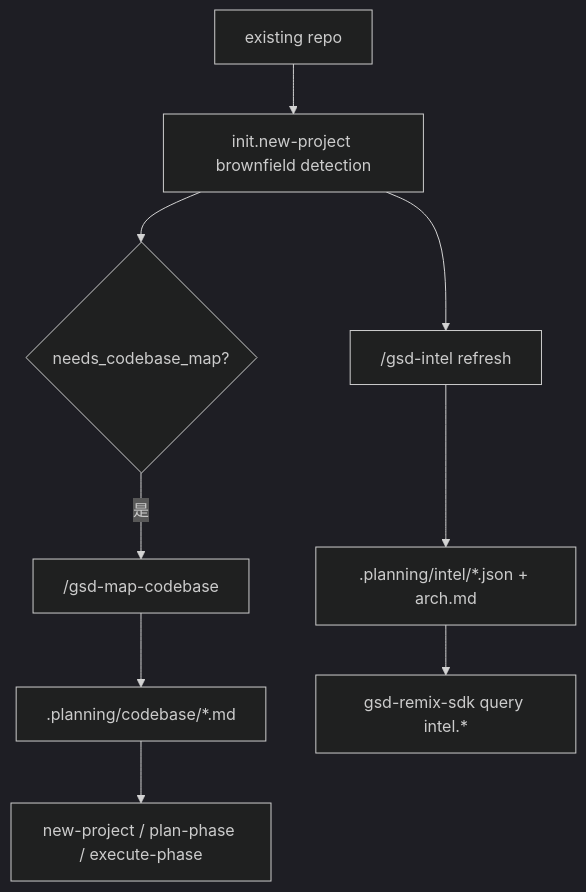
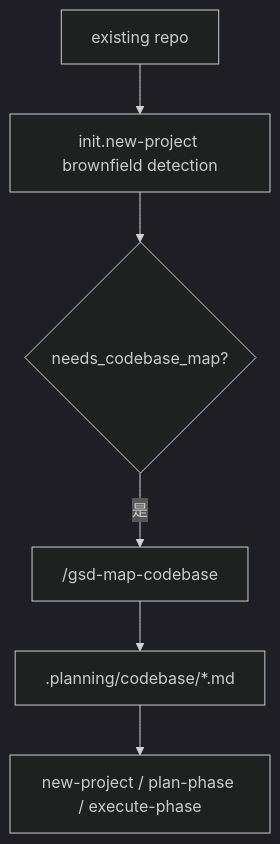
The first of 2 diagrams in guide/13-brownfield-intel-and-map-codebase.md (Wynne-cwb/gsd-remix), drawn with Mermaid (dark theme) before and after one commit. The commit also changed other lines of this file and 71 other files, not shown here.

````diff
--- a/guide/13-brownfield-intel-and-map-codebase.md
+++ b/guide/13-brownfield-intel-and-map-codebase.md
@@ -61,12 +54,8 @@
 ```mermaid
 flowchart TD
     A["existing repo"] --> B["init.new-project brownfield detection"]
     B --> C{"needs_codebase_map?"}
     C -->|是| D["/gsd-map-codebase"]
     D --> E[".planning/codebase/*.md"]
     E --> F["new-project / plan-phase / execute-phase"]
-
-    B --> G["/gsd-intel refresh"]
-    G --> H[".planning/intel/*.json + arch.md"]
-    H --> I["gsd-remix-sdk query intel.*"]
 ```
````
